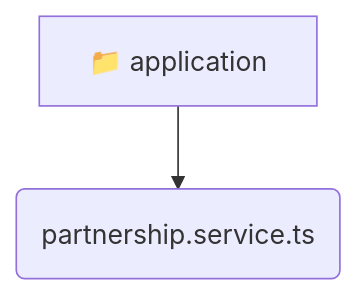
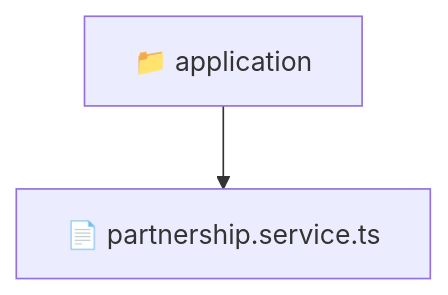
The diagram in backend/src/modules/partnership/application/README.md (beginwebdev2002/fullstack-mavluda), drawn with Mermaid before and after one commit. The commit also changed other lines of this file and 163 other files, not shown here.

````diff
--- a/backend/src/modules/partnership/application/README.md
+++ b/backend/src/modules/partnership/application/README.md
@@ -9,5 +10,5 @@
 ```mermaid
 graph TD
-  application[📁 application]
-  application --> application_partnership_service_ts(partnership.service.ts)
+  Root["📁 application"]
+  Root --> partnershipservicets["📄 partnership.service.ts"]
 ```
````
